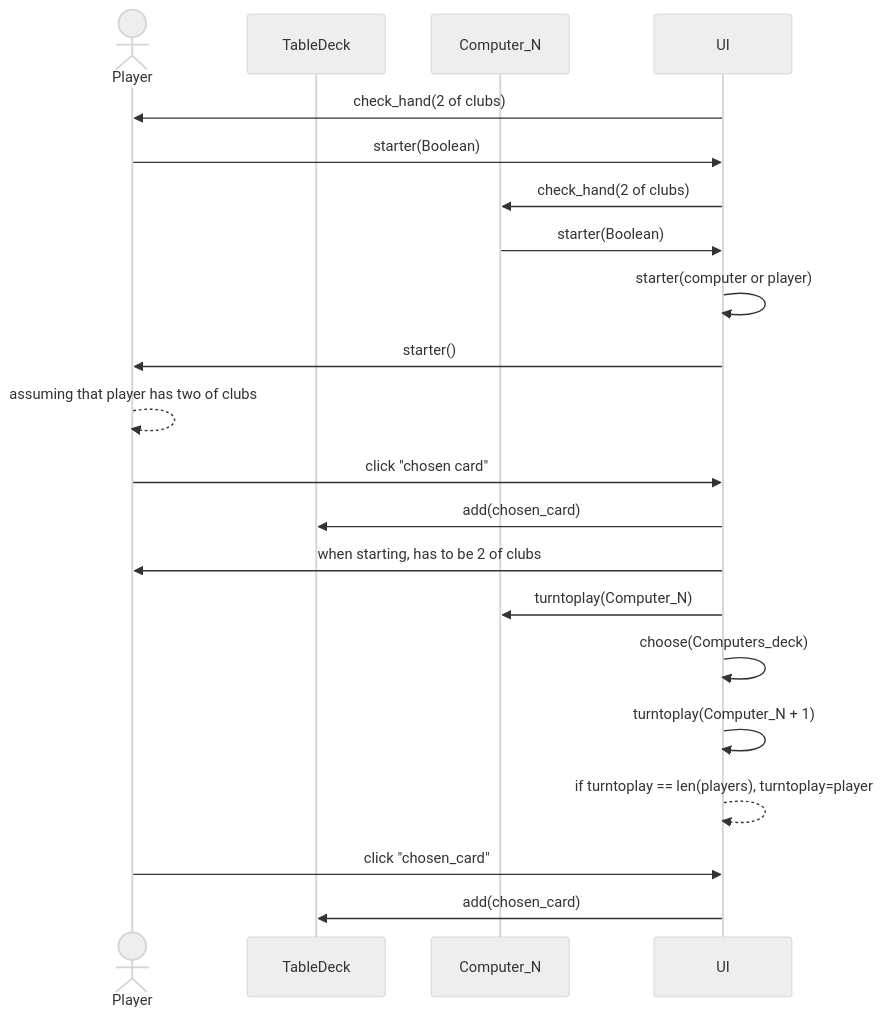
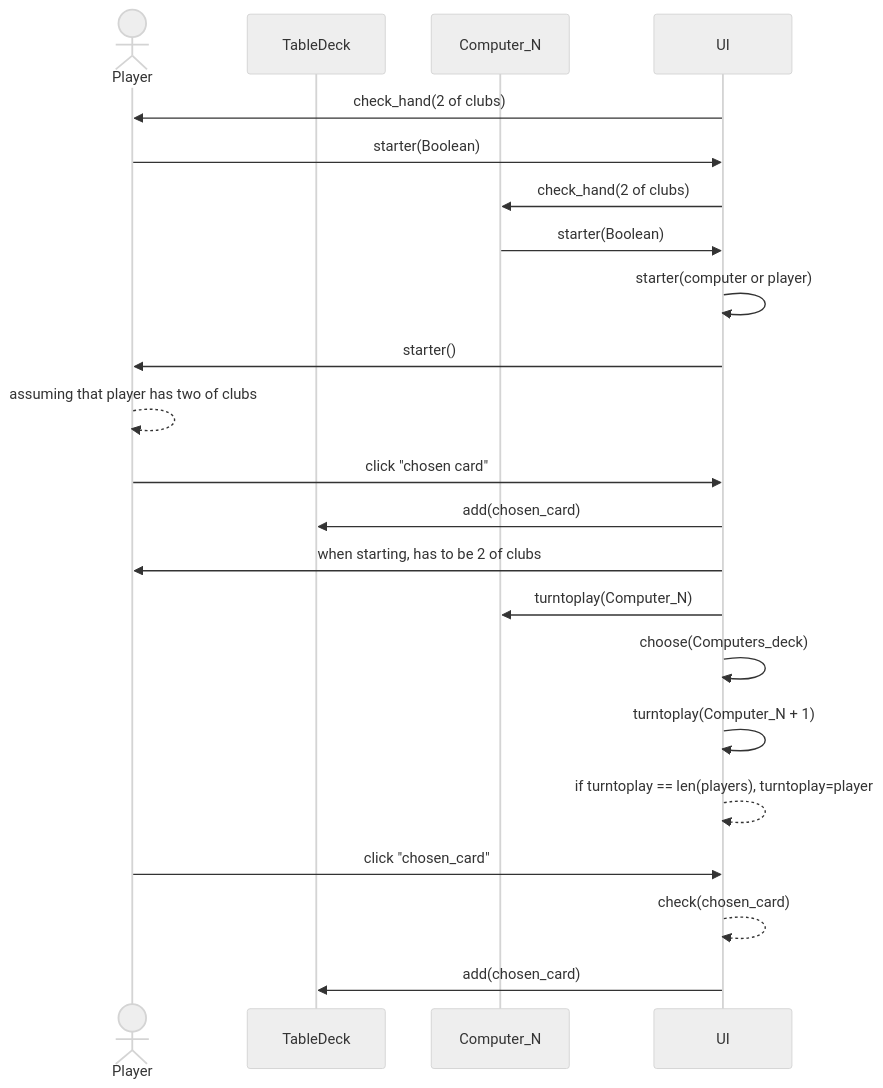
The second of 2 diagrams in dokumentaatio/arkkitehtuuri.md (Vilivanh/ot-harjoitustyo), drawn with Mermaid (neutral theme) before and after one commit. The commit also changed other lines of this file and 1 other file, not shown here.

````diff
--- a/dokumentaatio/arkkitehtuuri.md
+++ b/dokumentaatio/arkkitehtuuri.md
@@ -39,23 +39,24 @@
 ```mermaid
  sequenceDiagram
 	actor Player
 	participant TableDeck
 	participant Computer_N
 	participant UI
 	UI->>Player: check_hand(2 of clubs)
 	Player->>UI: starter(Boolean)
 	UI->>Computer_N: check_hand(2 of clubs)
 	Computer_N->>UI: starter(Boolean)
 	UI->>UI: starter(computer or player)
 	UI->>Player: starter()
 	Player-->>Player: assuming that player has two of clubs 
 	Player->>UI: click "chosen card"
 	UI->>TableDeck: add(chosen_card)
 	UI->>Player: when starting, has to be 2 of clubs
 	UI->>Computer_N: turntoplay(Computer_N)
 	UI->>UI: choose(Computers_deck)
 	UI->>UI: turntoplay(Computer_N + 1)
 	UI-->>UI: if turntoplay == len(players), turntoplay=player
 	Player->>UI: click "chosen_card"
+	UI-->>UI: check(chosen_card)
 	UI->>TableDeck: add(chosen_card)
 ```
````
